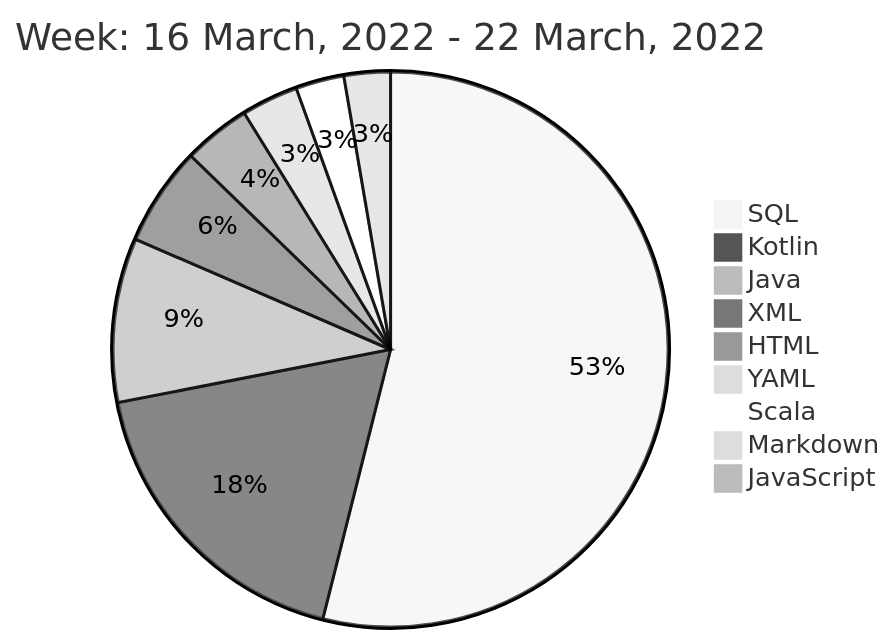
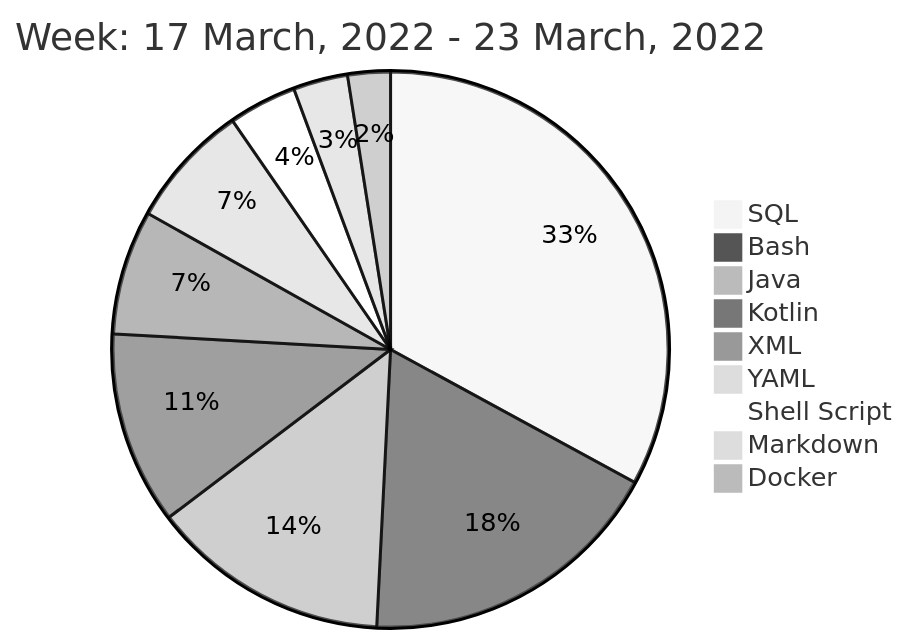
The diagram in README.md (liubin95/liubin95), drawn with Mermaid (neutral theme) before and after one commit.

Commit message:
Updated the Graph with new Metrics

````diff
--- a/README.md
+++ b/README.md
@@ -40,13 +40,13 @@
 ```mermaid
  pie
-title Week: 16 March, 2022 - 22 March, 2022
- "SQL" : 4.4
- "Kotlin" : 1.47
- "Java" : 0.78
- "XML" : 0.47
- "HTML" : 0.32
- "YAML" : 0.27
- "Scala" : 0.23
- "Markdown" : 0.22
- "JavaScript" : 0.07
+title Week: 17 March, 2022 - 23 March, 2022
+ "SQL" : 3.32
+ "Bash" : 1.8
+ "Java" : 1.4
+ "Kotlin" : 1.13
+ "XML" : 0.73
+ "YAML" : 0.73
+ "Shell Script" : 0.4
+ "Markdown" : 0.32
+ "Docker" : 0.25
 ```
````
